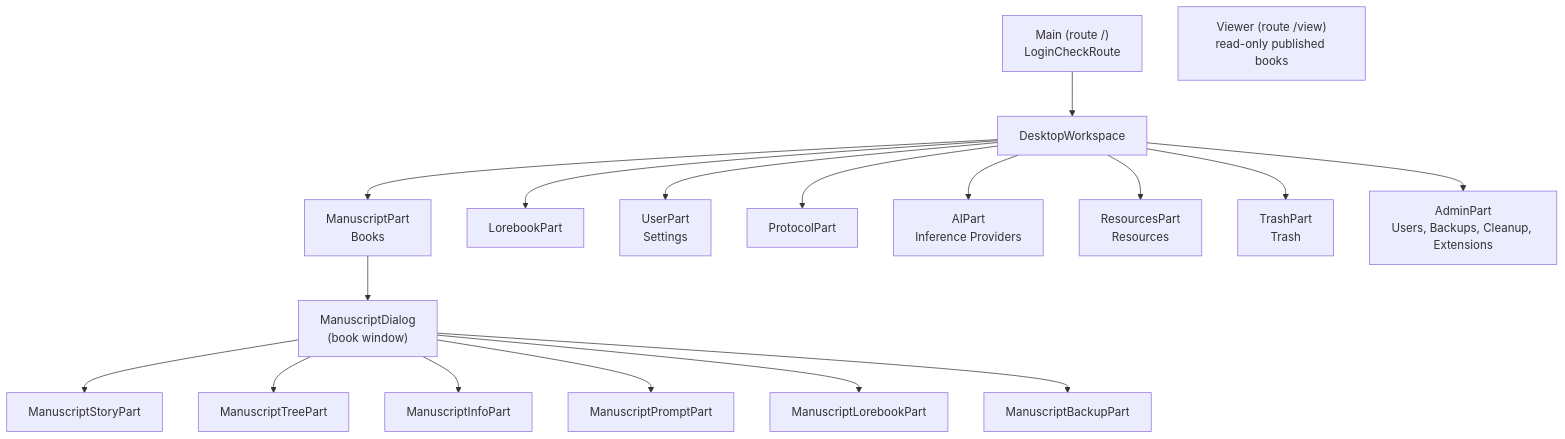
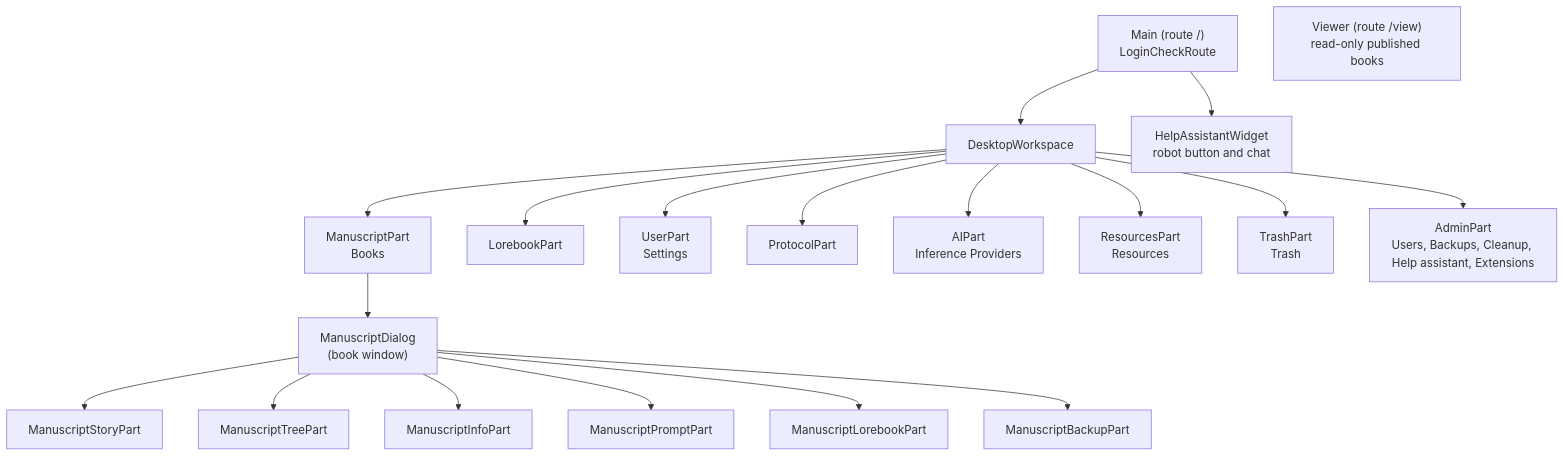
The third of 7 diagrams in manual/developer/architecture.md (Enerccio/Marginalia), drawn with Mermaid before and after one commit. The commit also changed other lines of this file and 22 other files, not shown here.

First line of the commit message:
Update the developer guide and the pictures for the help assistant

````diff
--- a/manual/developer/architecture.md
+++ b/manual/developer/architecture.md
@@ -212,20 +214,21 @@
 ```mermaid
 flowchart TB
     Main["Main (route /)<br/>LoginCheckRoute"] --> WS["DesktopWorkspace"]
+    Main --> HW["HelpAssistantWidget<br/>robot button and chat"]
     Viewer["Viewer (route /view)<br/>read-only published books"]
     WS --> MP["ManuscriptPart<br/>Books"]
     WS --> LP["LorebookPart"]
     WS --> UP["UserPart<br/>Settings"]
     WS --> PP["ProtocolPart"]
     WS --> AP["AIPart<br/>Inference Providers"]
     WS --> RP["ResourcesPart<br/>Resources"]
     WS --> TP["TrashPart<br/>Trash"]
-    WS --> AdP["AdminPart<br/>Users, Backups, Cleanup, Extensions"]
+    WS --> AdP["AdminPart<br/>Users, Backups, Cleanup, Help assistant, Extensions"]
     MP --> MD["ManuscriptDialog<br/>(book window)"]
     MD --> Story["ManuscriptStoryPart"]
     MD --> Tree["ManuscriptTreePart"]
     MD --> Info["ManuscriptInfoPart"]
     MD --> Prompt["ManuscriptPromptPart"]
     MD --> Lore["ManuscriptLorebookPart"]
     MD --> Backup["ManuscriptBackupPart"]
 ```
````
